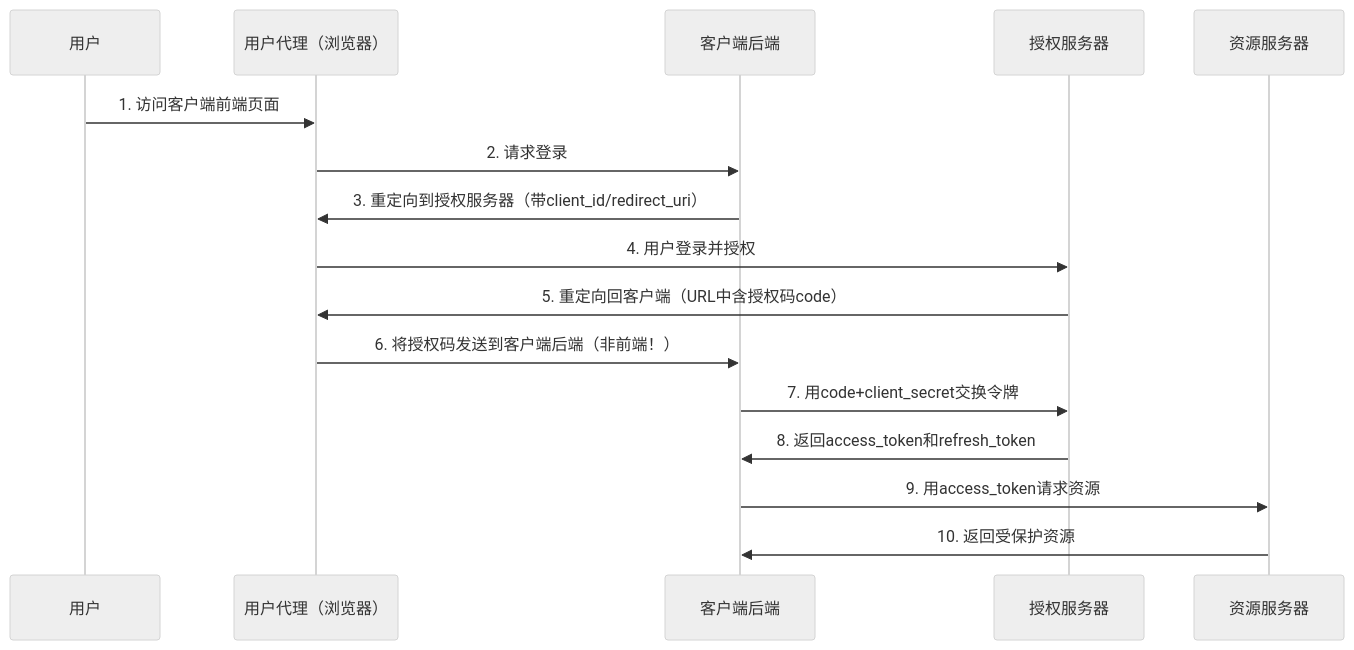
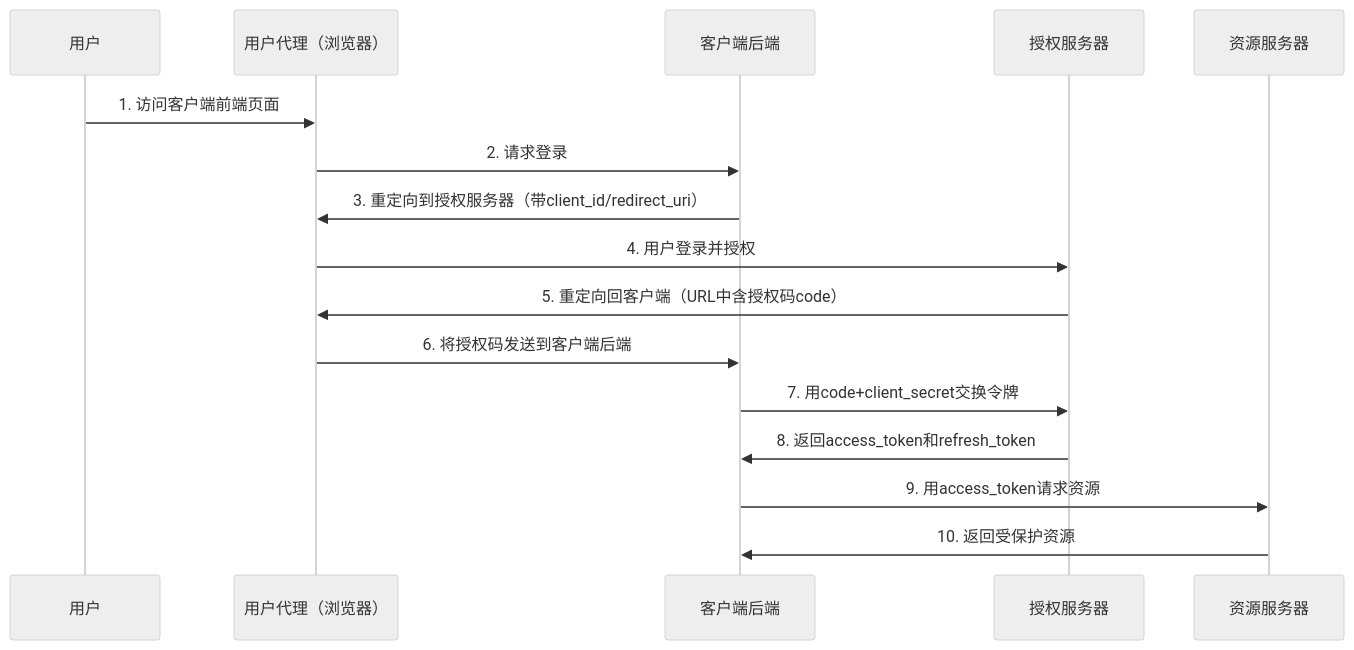
One commit to xunbu/notes changed the sixth of 10 diagrams in 互联网认证授权机制/互联网认证授权机制.md. Above: the diagram before and after it, drawn with Mermaid (neutral theme). The commit also changed other lines of this file and 1 other file, not shown here.

````diff
--- a/互联网认证授权机制/互联网认证授权机制.md
+++ b/互联网认证授权机制/互联网认证授权机制.md
@@ -159,20 +162,20 @@
 ```mermaid
 sequenceDiagram
     participant User as 用户
     participant Browser as 用户代理（浏览器）
     participant ClientBackend as 客户端后端
     participant AuthServer as 授权服务器
     participant ResourceServer as 资源服务器
 
     User->>Browser: 1. 访问客户端前端页面
     Browser->>ClientBackend: 2. 请求登录
     ClientBackend->>Browser: 3. 重定向到授权服务器（带client_id/redirect_uri）
     Browser->>AuthServer: 4. 用户登录并授权
     AuthServer->>Browser: 5. 重定向回客户端（URL中含授权码code）
-    Browser->>ClientBackend: 6. 将授权码发送到客户端后端（非前端！）
+    Browser->>ClientBackend: 6. 将授权码发送到客户端后端
     ClientBackend->>AuthServer: 7. 用code+client_secret交换令牌
     AuthServer->>ClientBackend: 8. 返回access_token和refresh_token
     ClientBackend->>ResourceServer: 9. 用access_token请求资源
     ResourceServer->>ClientBackend: 10. 返回受保护资源
 
 ```
````
